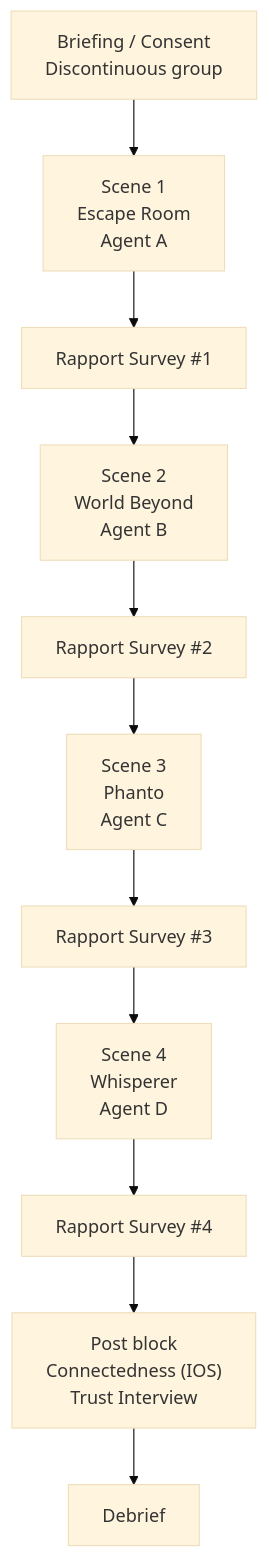
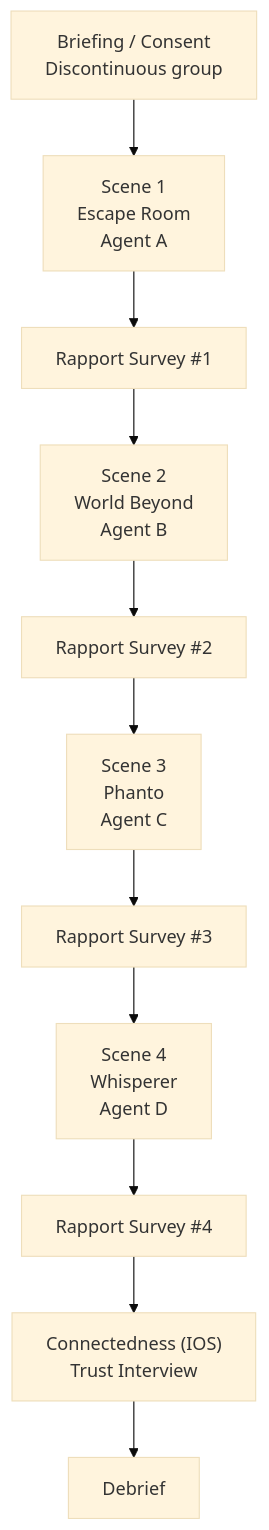
One commit to R1chi33333/Virtual-Agents changed the first of 2 diagrams in README.md. Above: the diagram before and after it, drawn with Mermaid (base theme).

````diff
--- a/README.md
+++ b/README.md
@@ -104,16 +104,16 @@
 ```mermaid
 flowchart TD
     A["Briefing / Consent<br/>Discontinuous group"]
     S1["Scene 1<br/>Escape Room<br/>Agent A"]
     R1["Rapport Survey #1"]
     S2["Scene 2<br/>World Beyond<br/>Agent B"]
     R2["Rapport Survey #2"]
     S3["Scene 3<br/>Phanto<br/>Agent C"]
     R3["Rapport Survey #3"]
     S4["Scene 4<br/>Whisperer<br/>Agent D"]
     R4["Rapport Survey #4"]
-    P["Post block<br/>Connectedness (IOS)<br/>Trust Interview"]
+    P["Connectedness (IOS)<br/>Trust Interview"]
     D["Debrief"]
     A --> S1 --> R1 --> S2 --> R2 --> S3 --> R3 --> S4 --> R4 --> P --> D
 
 ```
````
